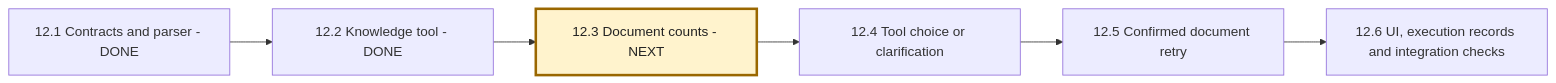
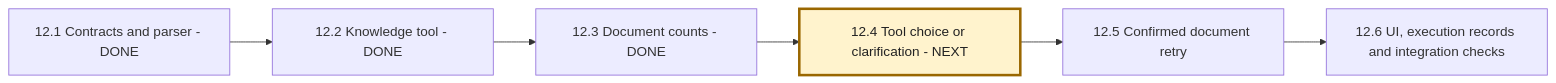
One commit to msdian0007/nexaAi changed the fourth of 4 diagrams in NEXAAI_ROADMAP.md. Above: the diagram before and after it, drawn with Mermaid. The commit also changed other lines of this file and 5 other files, not shown here.

````diff
--- a/NEXAAI_ROADMAP.md
+++ b/NEXAAI_ROADMAP.md
@@ -305,9 +305,9 @@
 ```mermaid
 flowchart LR
     A[12.1 Contracts and parser - DONE] --> B[12.2 Knowledge tool - DONE]
-    B --> C[12.3 Document counts - NEXT]
-    C --> D[12.4 Tool choice or clarification]
+    B --> C[12.3 Document counts - DONE]
+    C --> D[12.4 Tool choice or clarification - NEXT]
     D --> E[12.5 Confirmed document retry]
     E --> F[12.6 UI, execution records and integration checks]
-    style C fill:#fff3cd,stroke:#9a6700,stroke-width:3px,color:#222
+    style D fill:#fff3cd,stroke:#9a6700,stroke-width:3px,color:#222
 ```
````
